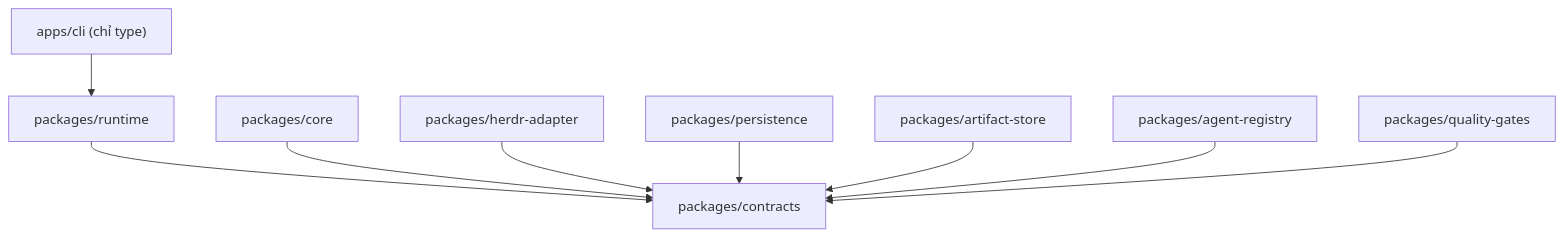
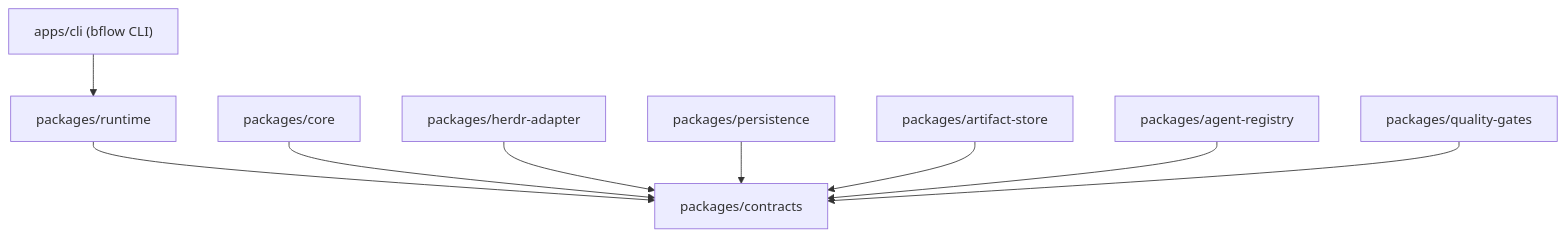
The first of 2 diagrams in docs/guide/01-architecture-overview.md (qxbao/bflow), drawn with Mermaid before and after one commit. The commit also changed other lines of this file and 132 other files, not shown here.

````diff
--- a/docs/guide/01-architecture-overview.md
+++ b/docs/guide/01-architecture-overview.md
@@ -9,11 +9,11 @@
 ```mermaid
 flowchart TD
-  CLI["apps/cli (chỉ type)"] --> Runtime[packages/runtime]
+  CLI["apps/cli (bflow CLI)"] --> Runtime[packages/runtime]
   Runtime --> Contracts[packages/contracts]
   Core[packages/core] --> Contracts
   Herdr[packages/herdr-adapter] --> Contracts
   Persistence[packages/persistence] --> Contracts
   Artifacts[packages/artifact-store] --> Contracts
   Registry[packages/agent-registry] --> Contracts
   Gates[packages/quality-gates] --> Contracts
 ```
````
